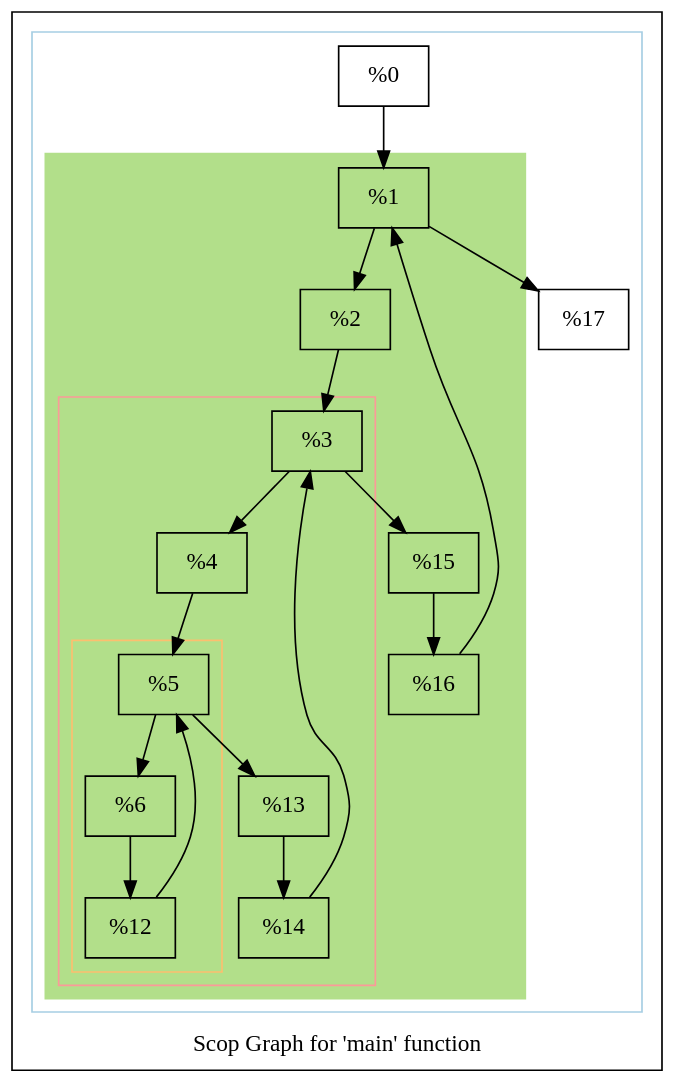
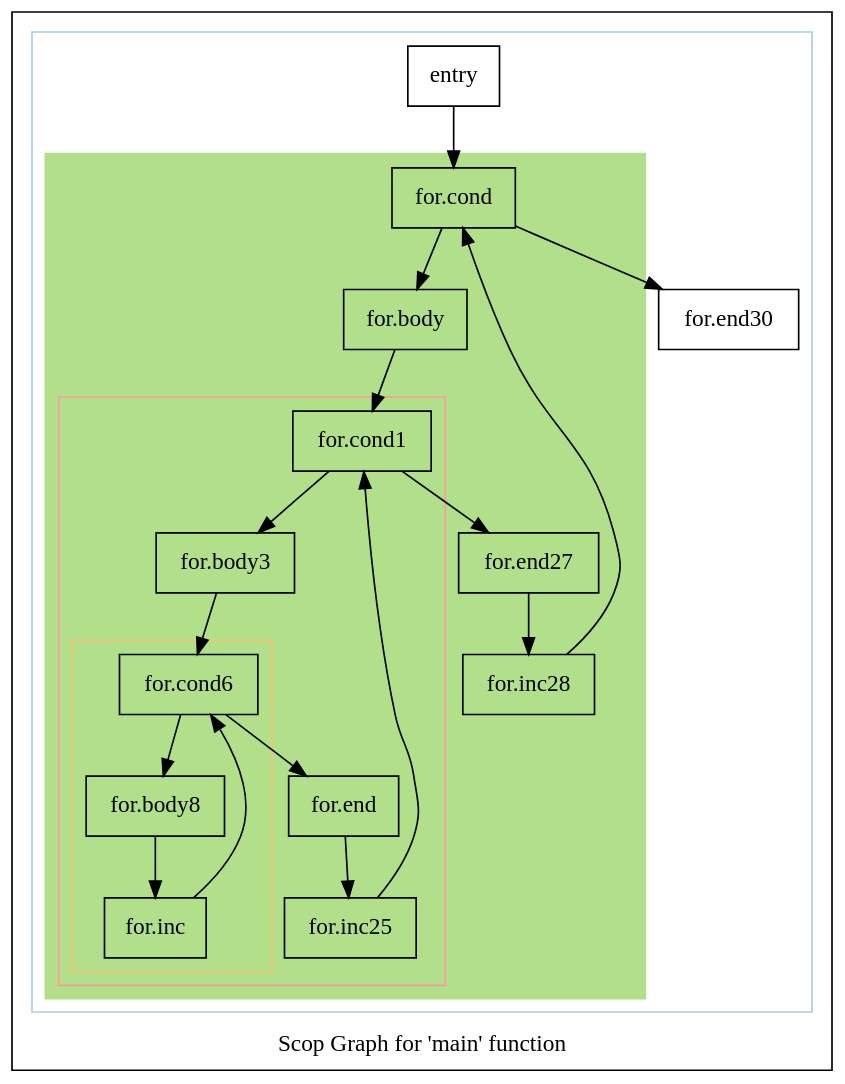
Before and after one commit to intel/quantum-intrinsics: the diagram in polly/www/experiments/matmul/scopsonly.main.dot, drawn with Graphviz. The commit also changed 36 other files, not shown here.

```diff
--- a/polly/www/experiments/matmul/scopsonly.main.dot
+++ b/polly/www/experiments/matmul/scopsonly.main.dot
@@ -1,65 +1,65 @@
 digraph "Scop Graph for 'main' function" {
 	label="Scop Graph for 'main' function";
 
-	Node0x24deb60 [shape=record,label="{%0}"];
-	Node0x24deb60 -> Node0x24deaa0;
-	Node0x24deaa0 [shape=record,label="{%1}"];
-	Node0x24deaa0 -> Node0x24e12a0;
-	Node0x24deaa0 -> Node0x24e0e30;
-	Node0x24e12a0 [shape=record,label="{%2}"];
-	Node0x24e12a0 -> Node0x24e0e00;
-	Node0x24e0e00 [shape=record,label="{%3}"];
-	Node0x24e0e00 -> Node0x24e1410;
-	Node0x24e0e00 -> Node0x24e1470;
-	Node0x24e1410 [shape=record,label="{%4}"];
-	Node0x24e1410 -> Node0x24e1380;
-	Node0x24e1380 [shape=record,label="{%5}"];
-	Node0x24e1380 -> Node0x24deaf0;
-	Node0x24e1380 -> Node0x24e1620;
-	Node0x24deaf0 [shape=record,label="{%6}"];
-	Node0x24deaf0 -> Node0x24e1680;
-	Node0x24e1680 [shape=record,label="{%12}"];
-	Node0x24e1680 -> Node0x24e1380[constraint=false];
-	Node0x24e1620 [shape=record,label="{%13}"];
-	Node0x24e1620 -> Node0x24e16e0;
-	Node0x24e16e0 [shape=record,label="{%14}"];
-	Node0x24e16e0 -> Node0x24e0e00[constraint=false];
-	Node0x24e1470 [shape=record,label="{%15}"];
-	Node0x24e1470 -> Node0x24e01a0;
-	Node0x24e01a0 [shape=record,label="{%16}"];
-	Node0x24e01a0 -> Node0x24deaa0[constraint=false];
-	Node0x24e0e30 [shape=record,label="{%17}"];
+	Node0x17d3950 [shape=record,label="{entry}"];
+	Node0x17d3950 -> Node0x17d21a0;
+	Node0x17d21a0 [shape=record,label="{for.cond}"];
+	Node0x17d21a0 -> Node0x17db9a0;
+	Node0x17d21a0 -> Node0x17da4f0;
+	Node0x17db9a0 [shape=record,label="{for.body}"];
+	Node0x17db9a0 -> Node0x17da5e0;
+	Node0x17da5e0 [shape=record,label="{for.cond1}"];
+	Node0x17da5e0 -> Node0x17da640;
+	Node0x17da5e0 -> Node0x17da6a0;
+	Node0x17da640 [shape=record,label="{for.body3}"];
+	Node0x17da640 -> Node0x17da550;
+	Node0x17da550 [shape=record,label="{for.cond6}"];
+	Node0x17da550 -> Node0x17da5b0;
+	Node0x17da550 -> Node0x17da850;
+	Node0x17da5b0 [shape=record,label="{for.body8}"];
+	Node0x17da5b0 -> Node0x17da8b0;
+	Node0x17da8b0 [shape=record,label="{for.inc}"];
+	Node0x17da8b0 -> Node0x17da550[constraint=false];
+	Node0x17da850 [shape=record,label="{for.end}"];
+	Node0x17da850 -> Node0x17db930;
+	Node0x17db930 [shape=record,label="{for.inc25}"];
+	Node0x17db930 -> Node0x17da5e0[constraint=false];
+	Node0x17da6a0 [shape=record,label="{for.end27}"];
+	Node0x17da6a0 -> Node0x17dada0;
+	Node0x17dada0 [shape=record,label="{for.inc28}"];
+	Node0x17dada0 -> Node0x17d21a0[constraint=false];
+	Node0x17da4f0 [shape=record,label="{for.end30}"];
 	colorscheme = "paired12"
-        subgraph cluster_0x24dfc10 {
+        subgraph cluster_0x17d3f30 {
           label = "";
           style = solid;
           color = 1
-          subgraph cluster_0x24de570 {
+          subgraph cluster_0x17d38d0 {
             label = "";
             style = filled;
-            color = 3            subgraph cluster_0x24de7a0 {
+            color = 3            subgraph cluster_0x17d3850 {
               label = "";
               style = solid;
               color = 5
-              subgraph cluster_0x24de720 {
+              subgraph cluster_0x17d37d0 {
                 label = "";
                 style = solid;
                 color = 7
-                Node0x24e1380;
-                Node0x24deaf0;
-                Node0x24e1680;
+                Node0x17da550;
+                Node0x17da5b0;
+                Node0x17da8b0;
               }
-              Node0x24e0e00;
-              Node0x24e1410;
-              Node0x24e1620;
-              Node0x24e16e0;
+              Node0x17da5e0;
+              Node0x17da640;
+              Node0x17da850;
+              Node0x17db930;
             }
-            Node0x24deaa0;
-            Node0x24e12a0;
-            Node0x24e1470;
-            Node0x24e01a0;
+            Node0x17d21a0;
+            Node0x17db9a0;
+            Node0x17da6a0;
+            Node0x17dada0;
           }
-          Node0x24deb60;
-          Node0x24e0e30;
+          Node0x17d3950;
+          Node0x17da4f0;
         }
 }
```
